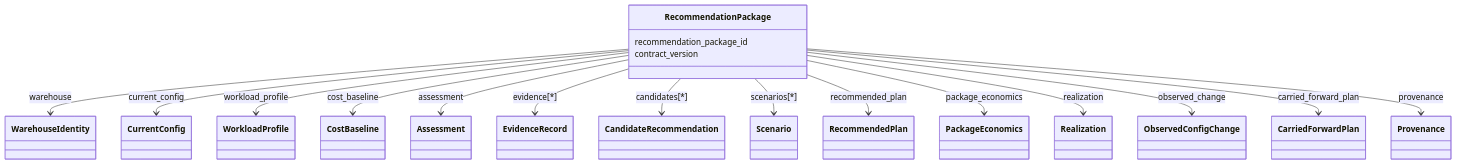
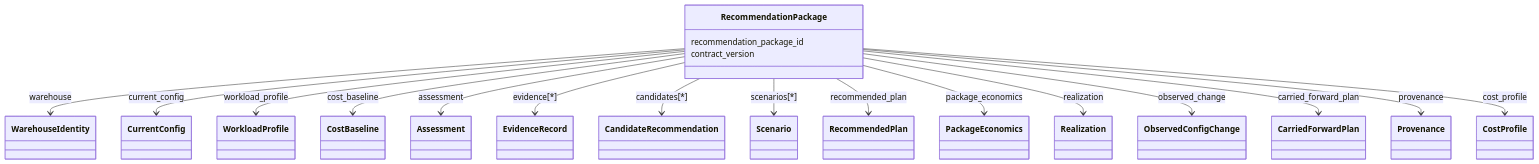
One commit to thiaga-gk/expert-funicular changed diagram 15 of 19 in docs/architecture/lld.md. Above: the diagram before and after it, drawn with Mermaid. The commit also changed other lines of this file and 131 other files, not shown here.

````diff
--- a/docs/architecture/lld.md
+++ b/docs/architecture/lld.md
@@ -1340,21 +1348,22 @@
 ```mermaid
 classDiagram
     class RecommendationPackage {
       recommendation_package_id
       contract_version
     }
     RecommendationPackage --> WarehouseIdentity: warehouse
     RecommendationPackage --> CurrentConfig: current_config
     RecommendationPackage --> WorkloadProfile: workload_profile
     RecommendationPackage --> CostBaseline: cost_baseline
     RecommendationPackage --> Assessment: assessment
     RecommendationPackage --> EvidenceRecord: evidence[*]
     RecommendationPackage --> CandidateRecommendation: candidates[*]
     RecommendationPackage --> Scenario: scenarios[*]
     RecommendationPackage --> RecommendedPlan: recommended_plan
     RecommendationPackage --> PackageEconomics: package_economics
     RecommendationPackage --> Realization: realization
     RecommendationPackage --> ObservedConfigChange: observed_change
     RecommendationPackage --> CarriedForwardPlan: carried_forward_plan
     RecommendationPackage --> Provenance: provenance
+    RecommendationPackage --> CostProfile: cost_profile
 ```
````
